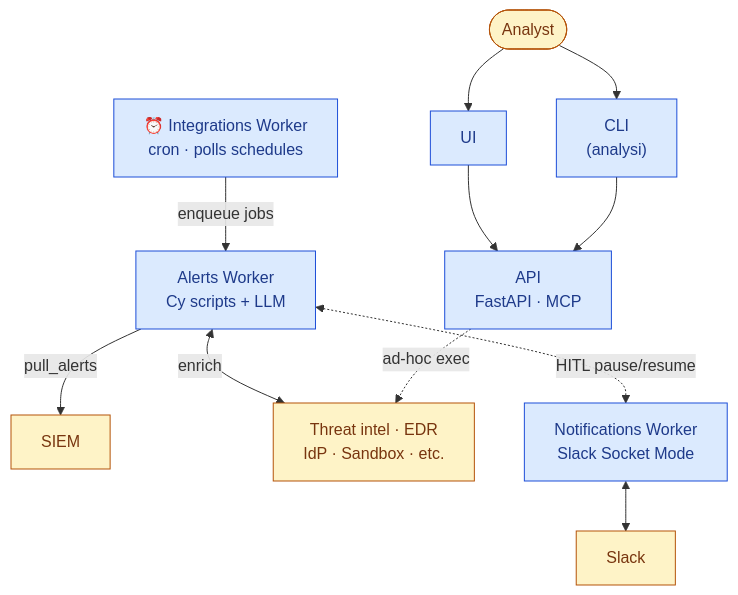
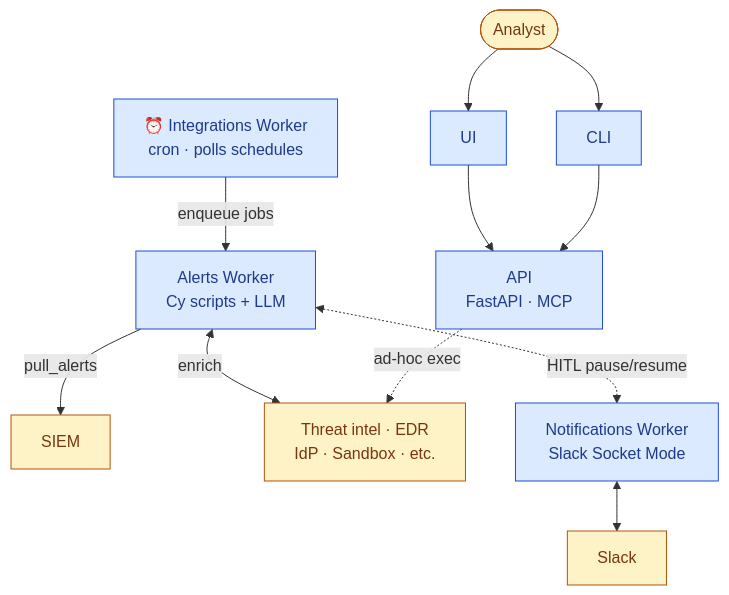
Before and after one commit to open-analysi/analysi-app: the third of 3 diagrams in README.md, drawn with Mermaid.

Commit message:
README: drop "(analysi)" subtitle from CLI node
The parenthetical didn't add information beyond the node name.

````diff
--- a/README.md
+++ b/README.md
@@ -107,27 +107,27 @@
 ```mermaid
 flowchart TB
     classDef ext fill:#fef3c7,stroke:#b45309,color:#78350f
     classDef svc fill:#dbeafe,stroke:#1d4ed8,color:#1e3a8a
     User(["Analyst"]):::ext
     Slack["Slack"]:::ext
     SIEM["SIEM"]:::ext
     Tools["Threat intel · EDR<br/>IdP · Sandbox · etc."]:::ext
 
     UI["UI"]:::svc
-    CLI["CLI<br/>(analysi)"]:::svc
+    CLI["CLI"]:::svc
     API["API<br/>FastAPI · MCP"]:::svc
     IW["⏰ Integrations Worker<br/>cron · polls schedules"]:::svc
     AW["Alerts Worker<br/>Cy scripts + LLM"]:::svc
     NW["Notifications Worker<br/>Slack Socket Mode"]:::svc
 
     User --> UI
     User --> CLI
     UI --> API
     CLI --> API
     IW -- enqueue jobs --> AW
     AW -->|pull_alerts| SIEM
     AW <-->|enrich| Tools
     API -.->|ad-hoc exec| Tools
     AW <-. HITL pause/resume .-> NW
     NW <--> Slack
 ```
````
